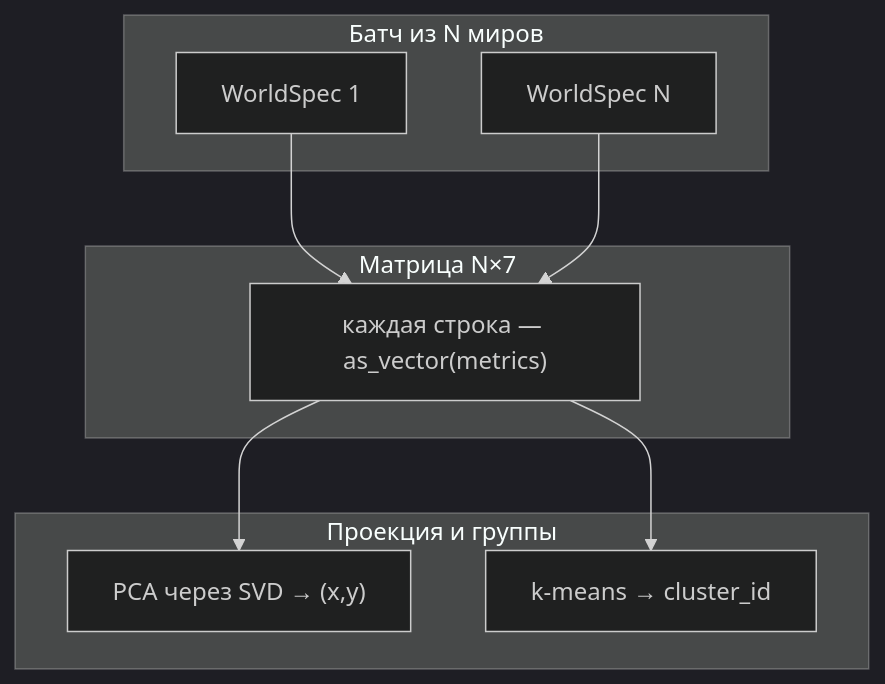
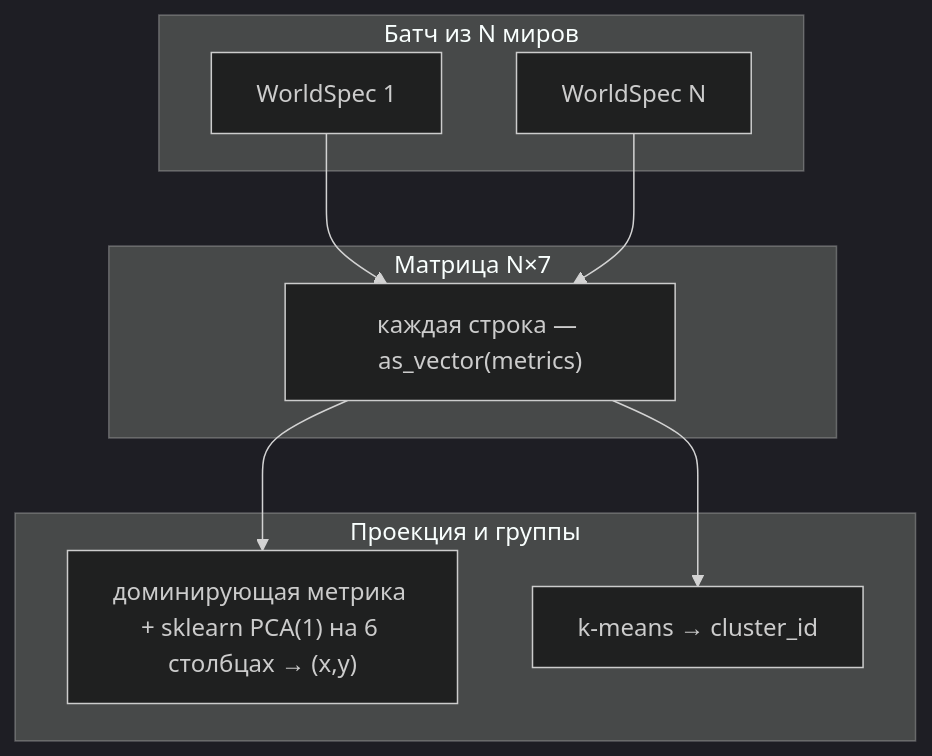
The seventh of 8 diagrams in docs/WORLDSPACE.md (Starovoitov/LifeManifold), drawn with Mermaid (dark theme) before and after one commit. The commit also changed other lines of this file and 12 other files, not shown here.

````diff
--- a/docs/WORLDSPACE.md
+++ b/docs/WORLDSPACE.md
@@ -297,18 +301,18 @@
 ```mermaid
 flowchart TB
   subgraph batch["Батч из N миров"]
     W1["WorldSpec 1"]
     WN["WorldSpec N"]
   end
   subgraph metrics_mat["Матрица N×7"]
     MROW["каждая строка — as_vector(metrics)"]
   end
   subgraph proj["Проекция и группы"]
-    PCA["PCA через SVD → (x,y)"]
+    PCA["доминирующая метрика + sklearn PCA(1) на 6 столбцах → (x,y)"]
     KM["k-means → cluster_id"]
   end
   W1 --> MROW
   WN --> MROW
   MROW --> PCA
   MROW --> KM
 ```
````
